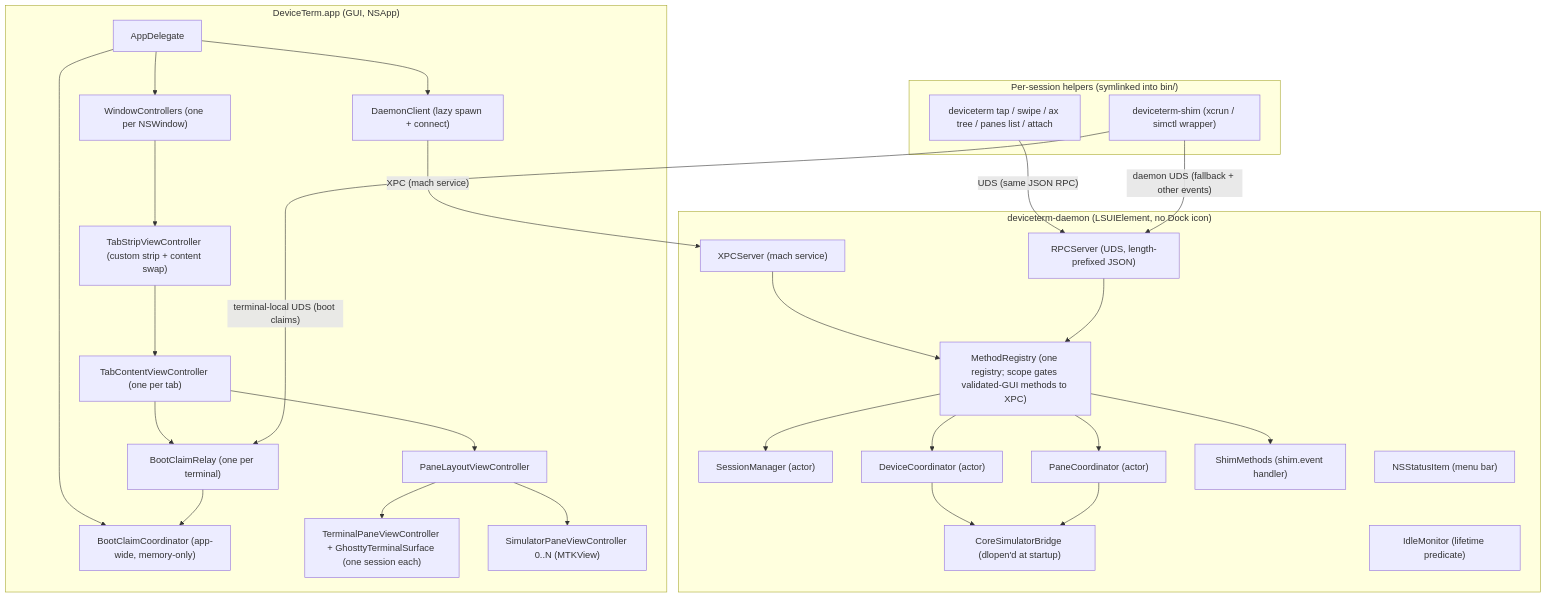
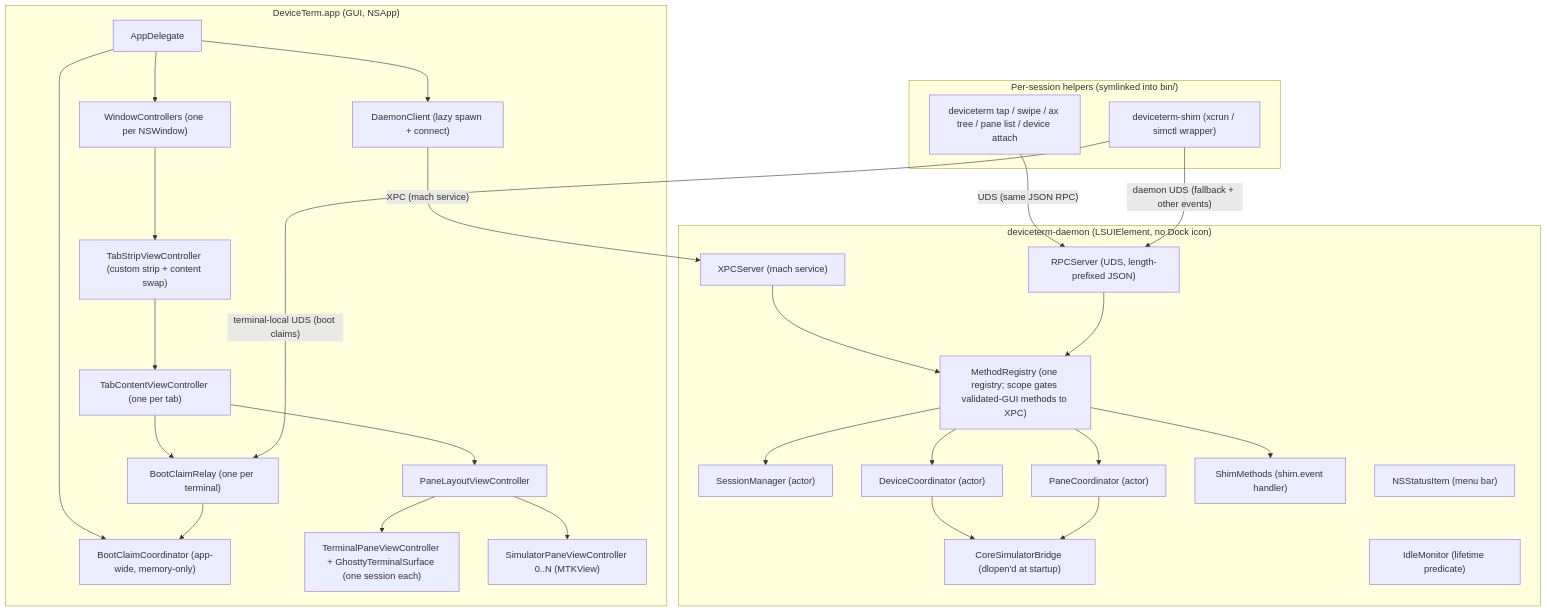
One commit to sethdeckard/deviceterm changed the first of 4 diagrams in docs/ARCHITECTURE.md. Above: the diagram before and after it, drawn with Mermaid. The commit also changed other lines of this file and 234 other files, not shown here.

````diff
--- a/docs/ARCHITECTURE.md
+++ b/docs/ARCHITECTURE.md
@@ -21,35 +21,35 @@
 ```mermaid
 flowchart TD
     subgraph gui["DeviceTerm.app (GUI, NSApp)"]
         AD[AppDelegate] --> DC["DaemonClient (lazy spawn + connect)"]
         AD --> BCC["BootClaimCoordinator (app-wide, memory-only)"]
         AD --> WC["WindowControllers (one per NSWindow)"]
         WC --> TS["TabStripViewController (custom strip + content swap)"]
         TS --> TC["TabContentViewController (one per tab)"]
         TC --> BCR["BootClaimRelay (one per terminal)"]
         BCR --> BCC
         TC --> CS[PaneLayoutViewController]
         CS --> TP["TerminalPaneViewController + GhosttyTerminalSurface (one session each)"]
         CS --> SP["SimulatorPaneViewController 0..N (MTKView)"]
     end
     subgraph dmn["deviceterm-daemon (LSUIElement, no Dock icon)"]
         XS["XPCServer (mach service)"] --> MR
         RS["RPCServer (UDS, length-prefixed JSON)"] --> MR
         MR["MethodRegistry (one registry; scope gates validated-GUI methods to XPC)"]
         MR --> SM["SessionManager (actor)"]
         MR --> DCo["DeviceCoordinator (actor)"]
         MR --> PC["PaneCoordinator (actor)"]
         MR --> SE["ShimMethods (shim.event handler)"]
         DCo --> CB["CoreSimulatorBridge (dlopen'd at startup)"]
         PC --> CB
         SI["NSStatusItem (menu bar)"] ~~~ IM["IdleMonitor (lifetime predicate)"]
     end
     subgraph tools["Per-session helpers (symlinked into bin/)"]
-        CLI["deviceterm tap / swipe / ax tree / panes list / attach"]
+        CLI["deviceterm tap / swipe / ax tree / pane list / device attach"]
         SHIM["deviceterm-shim (xcrun / simctl wrapper)"]
     end
     DC -->|"XPC (mach service)"| XS
     CLI -->|"UDS (same JSON RPC)"| RS
     SHIM -->|"terminal-local UDS (boot claims)"| BCR
     SHIM -->|"daemon UDS (fallback + other events)"| RS
 ```
````
